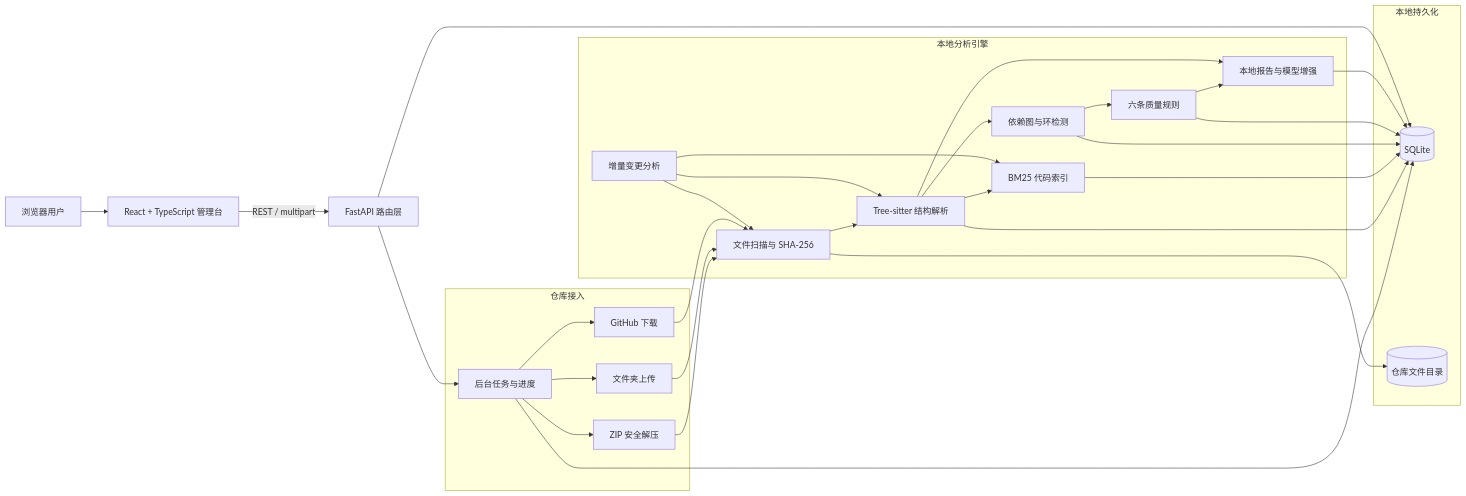
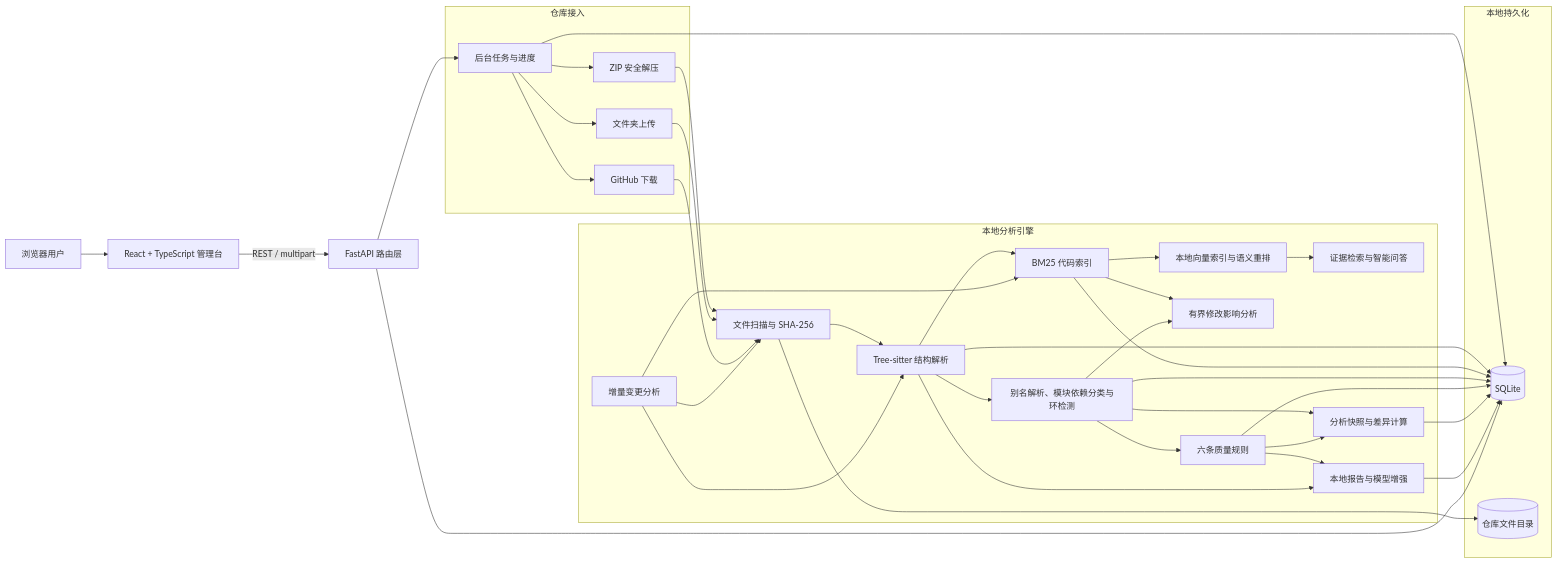
One commit to Boomfreezing/DevAtlas changed the first of 2 diagrams in docs/ARCHITECTURE.md. Above: the diagram before and after it, drawn with Mermaid. The commit also changed other lines of this file and 48 other files, not shown here.

````diff
--- a/docs/ARCHITECTURE.md
+++ b/docs/ARCHITECTURE.md
@@ -5,53 +5,64 @@
 ```mermaid
 flowchart LR
     U[浏览器用户] --> UI[React + TypeScript 管理台]
     UI -->|REST / multipart| API[FastAPI 路由层]
 
     subgraph Import[仓库接入]
         ZIP[ZIP 安全解压]
         DIR[文件夹上传]
         GH[GitHub 下载]
         JOB[后台任务与进度]
     end
 
     subgraph Analysis[本地分析引擎]
         SCAN[文件扫描与 SHA-256]
         PARSE[Tree-sitter 结构解析]
         SEARCH[BM25 代码索引]
-        GRAPH[依赖图与环检测]
+        VECTOR[本地向量索引与语义重排]
+        GRAPH[别名解析、模块依赖分类与环检测]
+        QA[证据检索与智能问答]
+        IMPACT[有界修改影响分析]
+        SNAPSHOT[分析快照与差异计算]
         QUALITY[六条质量规则]
         REPORT[本地报告与模型增强]
         INC[增量变更分析]
     end
 
     API --> JOB
     JOB --> ZIP
     JOB --> DIR
     JOB --> GH
     ZIP --> SCAN
     DIR --> SCAN
     GH --> SCAN
     SCAN --> PARSE
     PARSE --> SEARCH
+    SEARCH --> VECTOR
     PARSE --> GRAPH
+    VECTOR --> QA
+    SEARCH --> IMPACT
+    GRAPH --> IMPACT
     GRAPH --> QUALITY
+    GRAPH --> SNAPSHOT
+    QUALITY --> SNAPSHOT
     QUALITY --> REPORT
     PARSE --> REPORT
     INC --> SCAN
     INC --> PARSE
     INC --> SEARCH
 
     subgraph Persistence[本地持久化]
         DB[(SQLite)]
         REPO[(仓库文件目录)]
     end
 
     SCAN --> REPO
     JOB --> DB
     PARSE --> DB
     SEARCH --> DB
     GRAPH --> DB
     QUALITY --> DB
+    SNAPSHOT --> DB
     REPORT --> DB
     API --> DB
 ```
````
